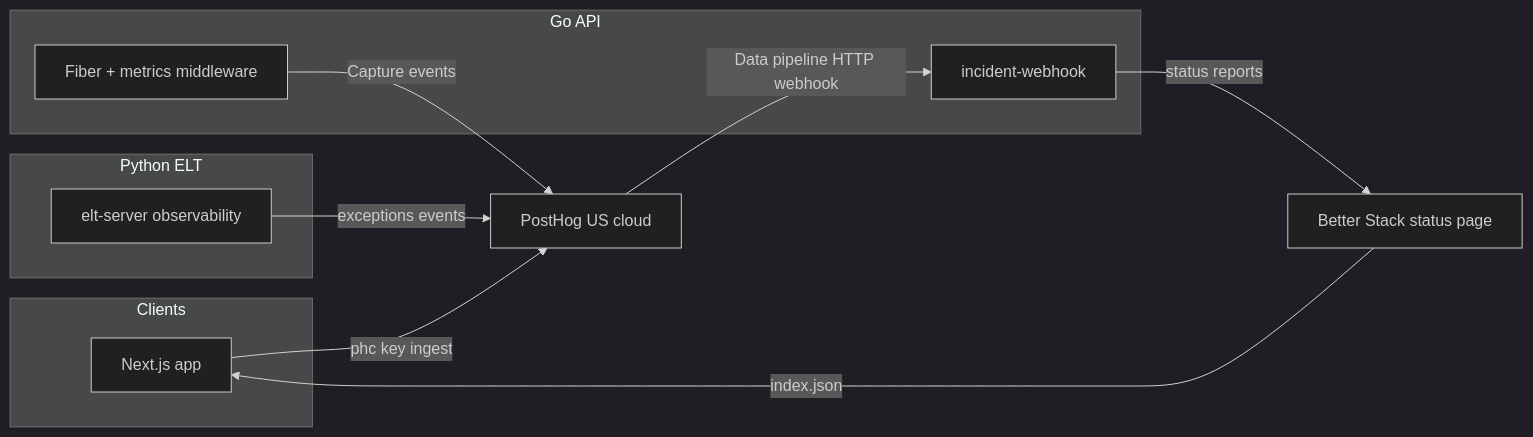
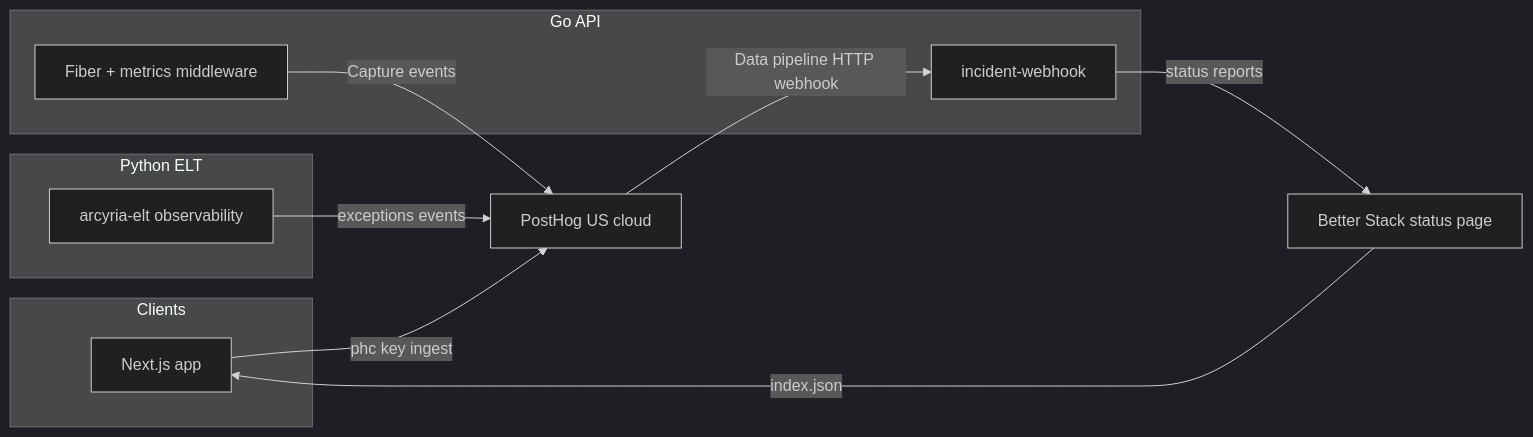
The diagram in md-docs/operations/observability/posthog-full-integration.md (dabhivijay2478/InsightFlow), drawn with Mermaid (dark theme) before and after one commit. The commit also changed other lines of this file and 89 other files, not shown here.

````diff
--- a/md-docs/operations/observability/posthog-full-integration.md
+++ b/md-docs/operations/observability/posthog-full-integration.md
@@ -15,22 +15,22 @@
 ```mermaid
 flowchart LR
   subgraph clients [Clients]
     Browser[Next.js app]
   end
   subgraph api [Go API]
     Fiber[Fiber + metrics middleware]
     Webhook[incident-webhook]
   end
   subgraph elt [Python ELT]
-    ELT[elt-server observability]
+    ELT[arcyria-elt observability]
   end
   PH[PostHog US cloud]
   BS[Better Stack status page]
 
   Browser -->|phc key ingest| PH
   Fiber -->|Capture events| PH
   ELT -->|exceptions events| PH
   PH -->|Data pipeline HTTP webhook| Webhook
   Webhook -->|status reports| BS
   BS -->|index.json| Browser
 ```
````
